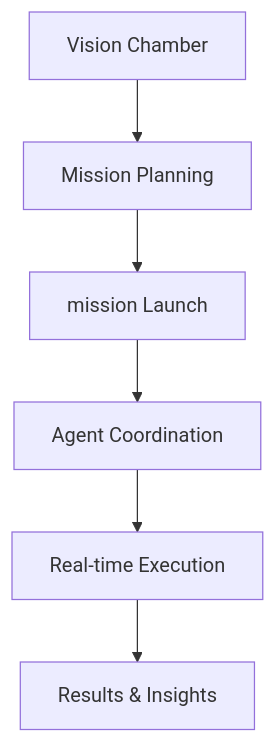
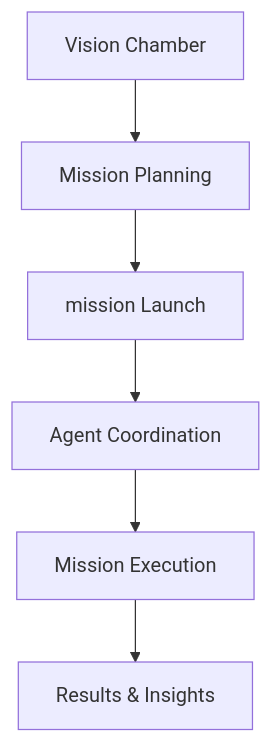
The diagram in README.md (theingenuityco/starships.ai), drawn with Mermaid before and after one commit. The commit also changed other lines of this file and 31 other files, not shown here.

````diff
--- a/README.md
+++ b/README.md
@@ -129,8 +126,8 @@
 ```mermaid
 graph TD
     A[Vision Chamber] --> B[Mission Planning]
     B --> C[mission Launch]
     C --> D[Agent Coordination]
-    D --> E[Real-time Execution]
+    D --> E[Mission Execution]
     E --> F[Results & Insights]
 ```
````
